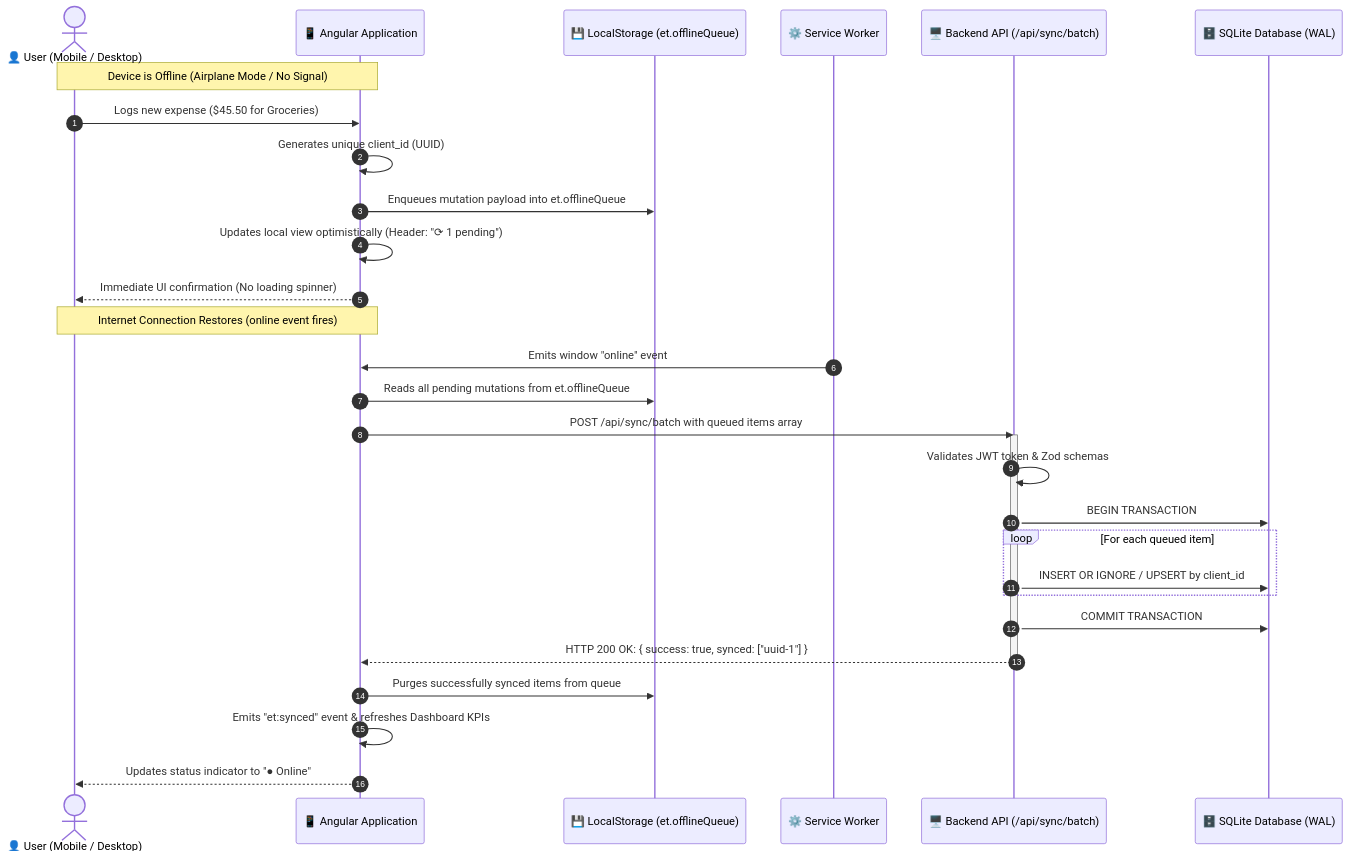
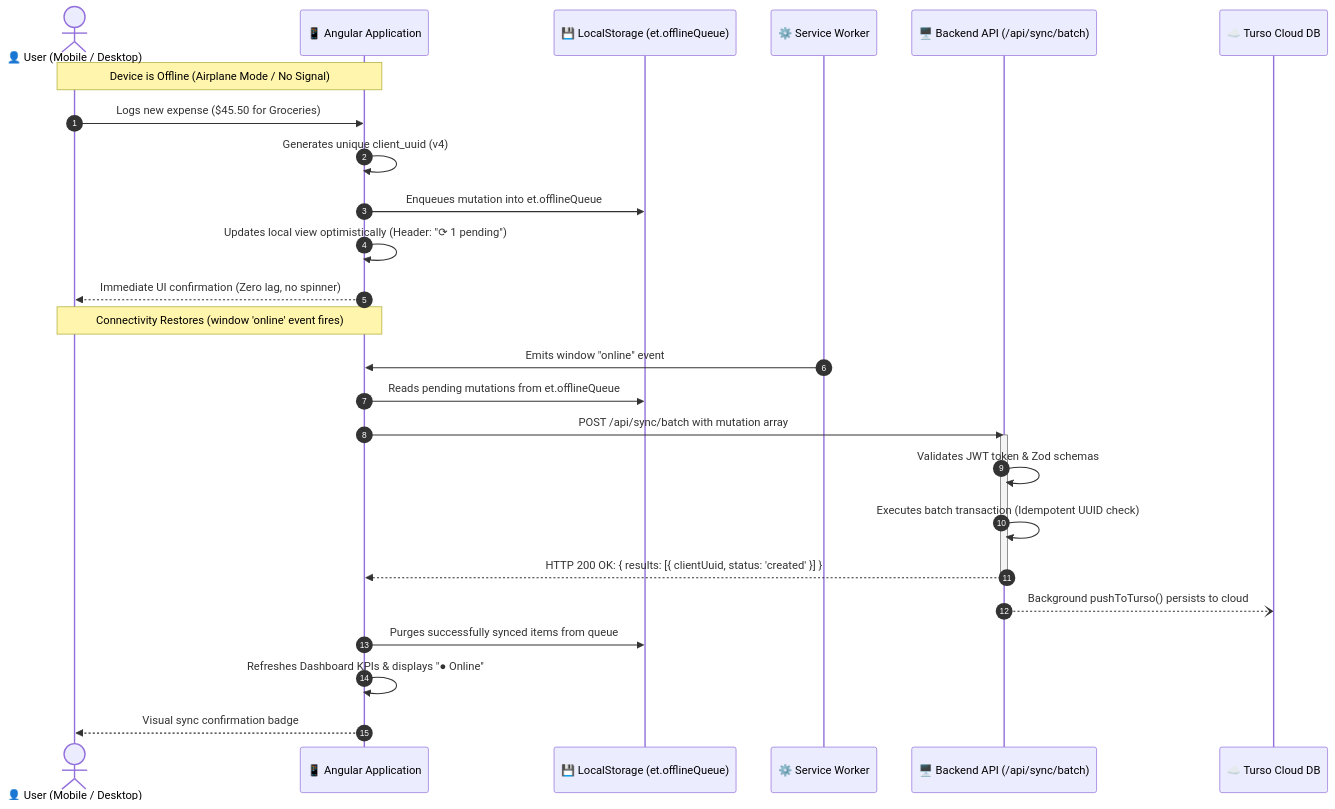
One commit to ravidaliparthy/Expense-Tracker changed the second of 2 diagrams in README.md. Above: the diagram before and after it, drawn with Mermaid. The commit also changed other lines of this file and 1 other file, not shown here.

Commit message:
docs: overhaul READMEs with 4-tier hybrid cloud architecture, Turso integration, and free-tier capacity breakdown

````diff
--- a/README.md
+++ b/README.md
@@ -235,35 +187,32 @@
 ```mermaid
 sequenceDiagram
     autonumber
     actor User as 👤 User (Mobile / Desktop)
     participant UI as 📱 Angular Application
     participant LS as 💾 LocalStorage (et.offlineQueue)
     participant SW as ⚙️ Service Worker
     participant API as 🖥️ Backend API (/api/sync/batch)
-    participant DB as 🗄️ SQLite Database (WAL)
+    participant TURSO as ☁️ Turso Cloud DB
 
     Note over User, UI: Device is Offline (Airplane Mode / No Signal)
     User->>UI: Logs new expense ($45.50 for Groceries)
-    UI->>UI: Generates unique client_id (UUID)
-    UI->>LS: Enqueues mutation payload into et.offlineQueue
+    UI->>UI: Generates unique client_uuid (v4)
+    UI->>LS: Enqueues mutation into et.offlineQueue
     UI->>UI: Updates local view optimistically (Header: "⟳ 1 pending")
-    UI-->>User: Immediate UI confirmation (No loading spinner)
+    UI-->>User: Immediate UI confirmation (Zero lag, no spinner)
 
-    Note over User, UI: Internet Connection Restores (online event fires)
+    Note over User, UI: Connectivity Restores (window 'online' event fires)
     SW->>UI: Emits window "online" event
-    UI->>LS: Reads all pending mutations from et.offlineQueue
-    UI->>API: POST /api/sync/batch with queued items array
+    UI->>LS: Reads pending mutations from et.offlineQueue
+    UI->>API: POST /api/sync/batch with mutation array
     activate API
     API->>API: Validates JWT token & Zod schemas
-    API->>DB: BEGIN TRANSACTION
-    loop For each queued item
-        API->>DB: INSERT OR IGNORE / UPSERT by client_id
-    end
-    API->>DB: COMMIT TRANSACTION
-    API-->>UI: HTTP 200 OK: { success: true, synced: ["uuid-1"] }
+    API->>API: Executes batch transaction (Idempotent UUID check)
+    API-->>UI: HTTP 200 OK: { results: [{ clientUuid, status: 'created' }] }
     deactivate API
 
+    API--)TURSO: Background pushToTurso() persists to cloud
     UI->>LS: Purges successfully synced items from queue
-    UI->>UI: Emits "et:synced" event & refreshes Dashboard KPIs
-    UI-->>User: Updates status indicator to "● Online"
+    UI->>UI: Refreshes Dashboard KPIs & displays "● Online"
+    UI-->>User: Visual sync confirmation badge
 ```
````
